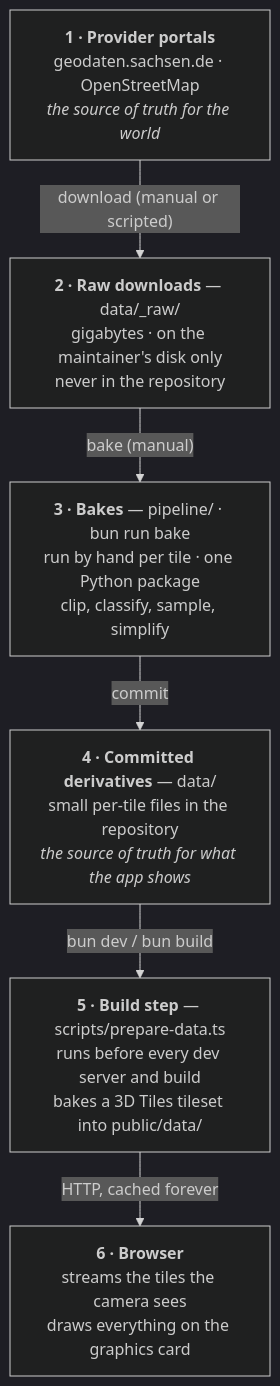
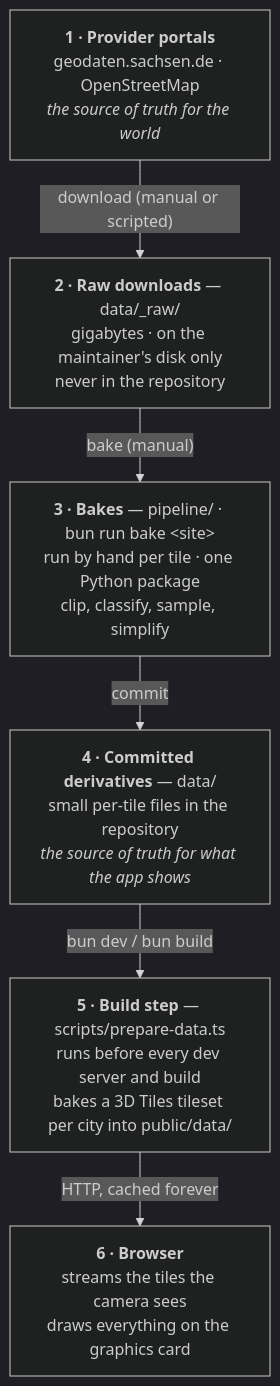
One commit to mdugue/bridge changed the first of 2 diagrams in docs/guide/en/data-journey.md. Above: the diagram before and after it, drawn with Mermaid (dark theme). The commit also changed other lines of this file and 1448 other files, not shown here.

First line of the commit message:
feat: many sites in one deployment — a route per city, a start page, providers, fetch → bake → build (plan 037)

````diff
--- a/docs/guide/en/data-journey.md
+++ b/docs/guide/en/data-journey.md
@@ -13,14 +13,14 @@
 ```mermaid
 flowchart TB
   S1["<b>1 · Provider portals</b><br/>geodaten.sachsen.de · OpenStreetMap<br/><i>the source of truth for the world</i>"]
   S2["<b>2 · Raw downloads</b> — data/_raw/<br/>gigabytes · on the maintainer's disk only<br/>never in the repository"]
-  S3["<b>3 · Bakes</b> — pipeline/ · bun run bake<br/>run by hand per tile · one Python package<br/>clip, classify, sample, simplify"]
+  S3["<b>3 · Bakes</b> — pipeline/ · bun run bake &lt;site&gt;<br/>run by hand per tile · one Python package<br/>clip, classify, sample, simplify"]
   S4["<b>4 · Committed derivatives</b> — data/<br/>small per-tile files in the repository<br/><i>the source of truth for what the app shows</i>"]
-  S5["<b>5 · Build step</b> — scripts/prepare-data.ts<br/>runs before every dev server and build<br/>bakes a 3D Tiles tileset into public/data/"]
+  S5["<b>5 · Build step</b> — scripts/prepare-data.ts<br/>runs before every dev server and build<br/>bakes a 3D Tiles tileset per city into public/data/"]
   S6["<b>6 · Browser</b><br/>streams the tiles the camera sees<br/>draws everything on the graphics card"]
   S1 -->|"download (manual or scripted)"| S2
   S2 -->|"bake (manual)"| S3
   S3 -->|"commit"| S4
   S4 -->|"bun dev / bun build"| S5
   S5 -->|"HTTP, cached forever"| S6
 ```
````
